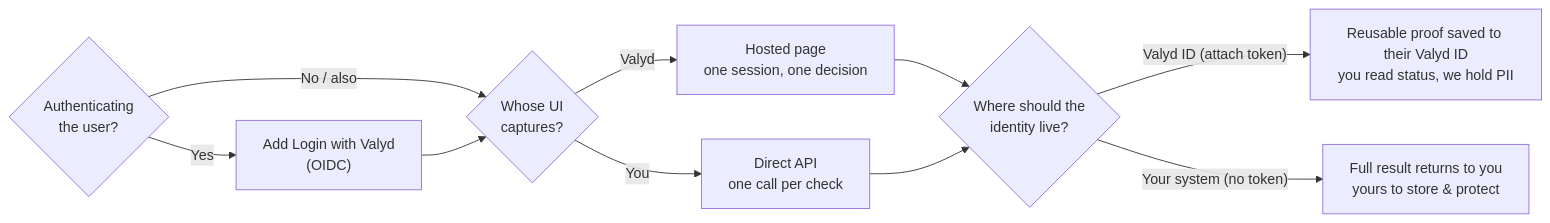
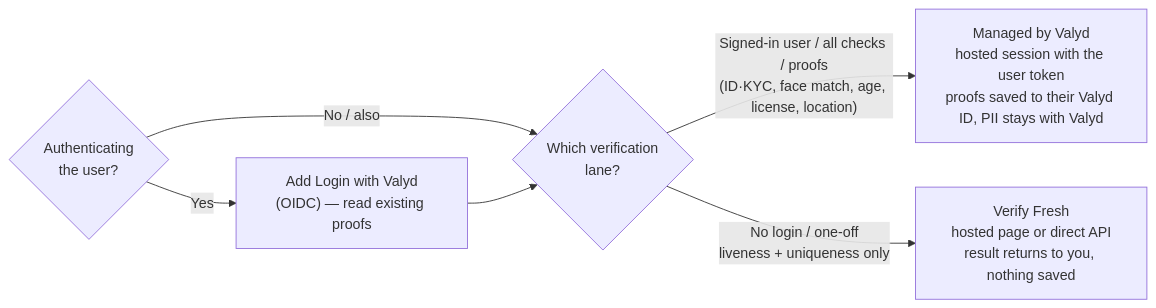
One commit to valyd-id/documentation changed the diagram in content/docs/choose.md. Above: the diagram before and after it, drawn with Mermaid. The commit also changed other lines of this file and 44 other files, not shown here.

````diff
--- a/content/docs/choose.md
+++ b/content/docs/choose.md
@@ -12,13 +17,9 @@
 ```mermaid
 flowchart LR
     Q1{"Authenticating<br/>the user?"}
-    Q1 -->|Yes| LOGIN["Add Login with Valyd<br/>(OIDC)"]
-    Q1 -->|"No / also"| Q2{"Whose UI<br/>captures?"}
+    Q1 -->|Yes| LOGIN["Add Login with Valyd<br/>(OIDC) — read existing proofs"]
+    Q1 -->|"No / also"| Q2{"Which verification<br/>lane?"}
     LOGIN --> Q2
-    Q2 -->|Valyd| H["Hosted page<br/>one session, one decision"]
-    Q2 -->|You| C["Direct API<br/>one call per check"]
-    H --> Q3{"Where should the<br/>identity live?"}
-    C --> Q3
-    Q3 -->|"Valyd ID (attach token)"| M["Reusable proof saved to their Valyd ID<br/>you read status, we hold PII"]
-    Q3 -->|"Your system (no token)"| S["Full result returns to you<br/>yours to store & protect"]
+    Q2 -->|"Signed-in user / all checks / proofs<br/>(ID·KYC, face match, age, license, location)"| M["Managed by Valyd<br/>hosted session with the user token<br/>proofs saved to their Valyd ID, PII stays with Valyd"]
+    Q2 -->|"No login / one-off<br/>liveness + uniqueness only"| S["Verify Fresh<br/>hosted page or direct API<br/>result returns to you, nothing saved"]
 ```
````
